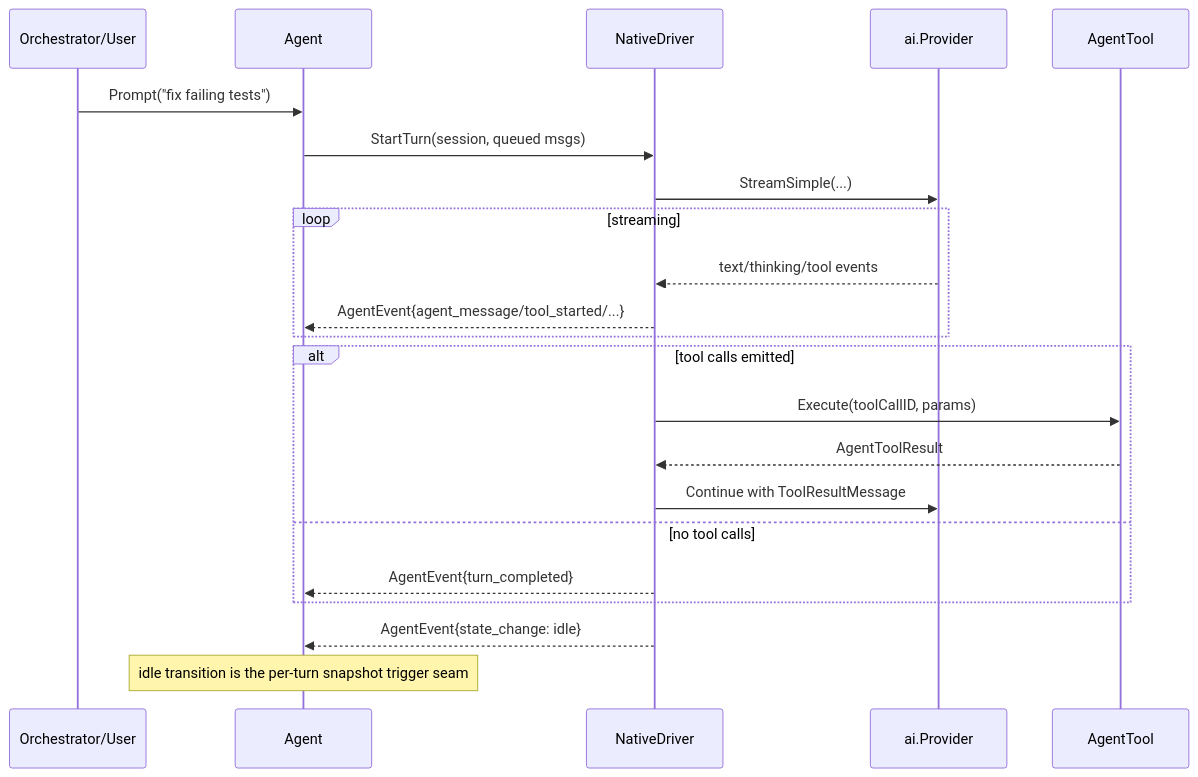
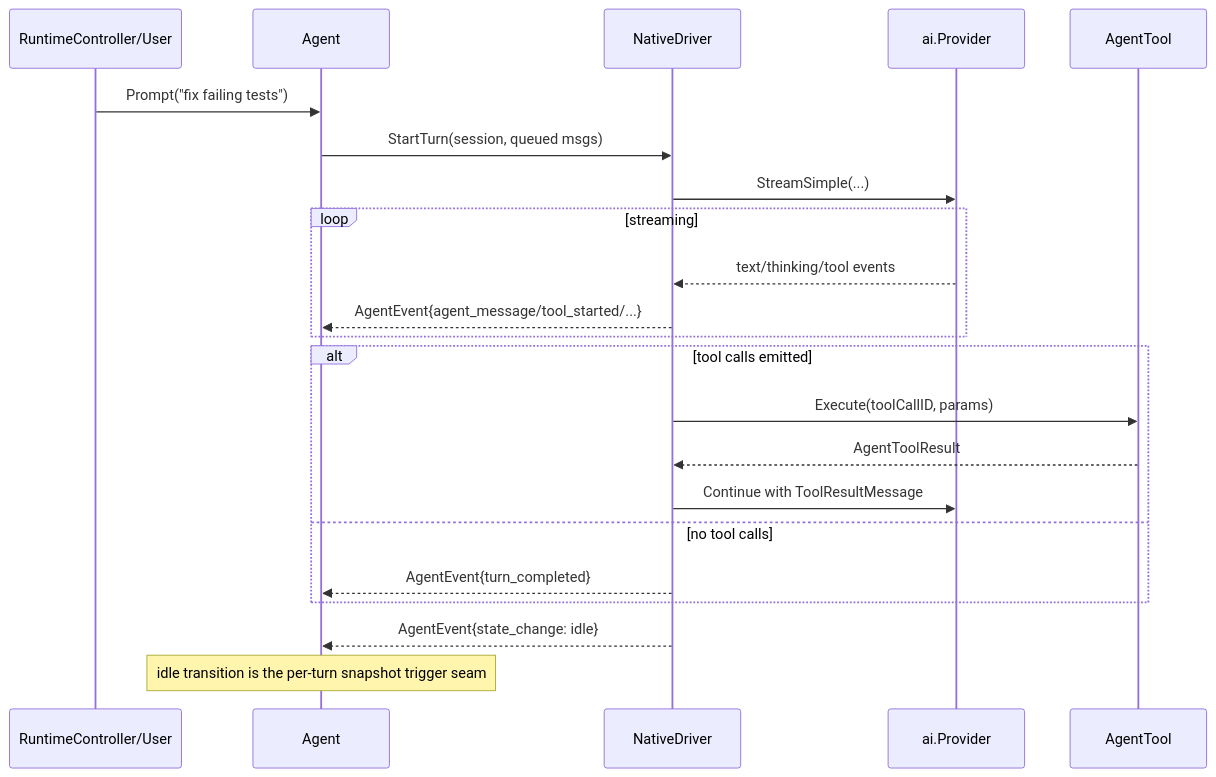
The second of 3 diagrams in docs/plans/05-agent.md (dcosson/flex-agent-runtime), drawn with Mermaid before and after one commit. The commit also changed other lines of this file and 9 other files, not shown here.

````diff
--- a/docs/plans/05-agent.md
+++ b/docs/plans/05-agent.md
@@ -64,28 +64,28 @@
 ```mermaid
 sequenceDiagram
-    participant User as Orchestrator/User
+    participant User as RuntimeController/User
     participant Agent as Agent
     participant Driver as NativeDriver
     participant AI as ai.Provider
     participant Tool as AgentTool
 
     User->>Agent: Prompt("fix failing tests")
     Agent->>Driver: StartTurn(session, queued msgs)
     Driver->>AI: StreamSimple(...)
 
     loop streaming
         AI-->>Driver: text/thinking/tool events
         Driver-->>Agent: AgentEvent{agent_message/tool_started/...}
     end
 
     alt tool calls emitted
         Driver->>Tool: Execute(toolCallID, params)
         Tool-->>Driver: AgentToolResult
         Driver->>AI: Continue with ToolResultMessage
     else no tool calls
         Driver-->>Agent: AgentEvent{turn_completed}
     end
 
     Driver-->>Agent: AgentEvent{state_change: idle}
     Note over Agent: idle transition is the per-turn snapshot trigger seam
 ```
````
